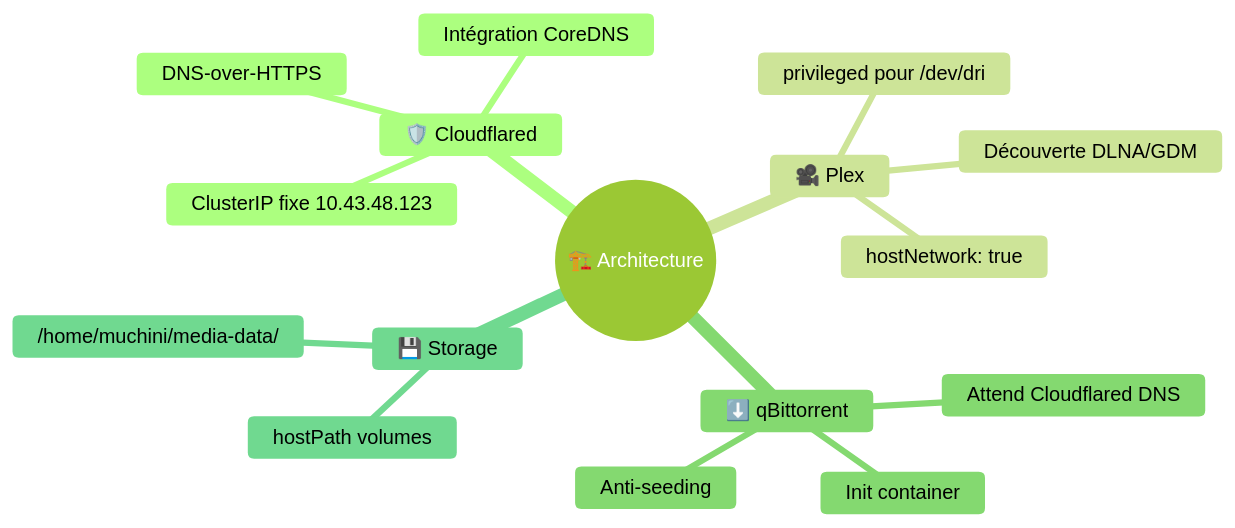
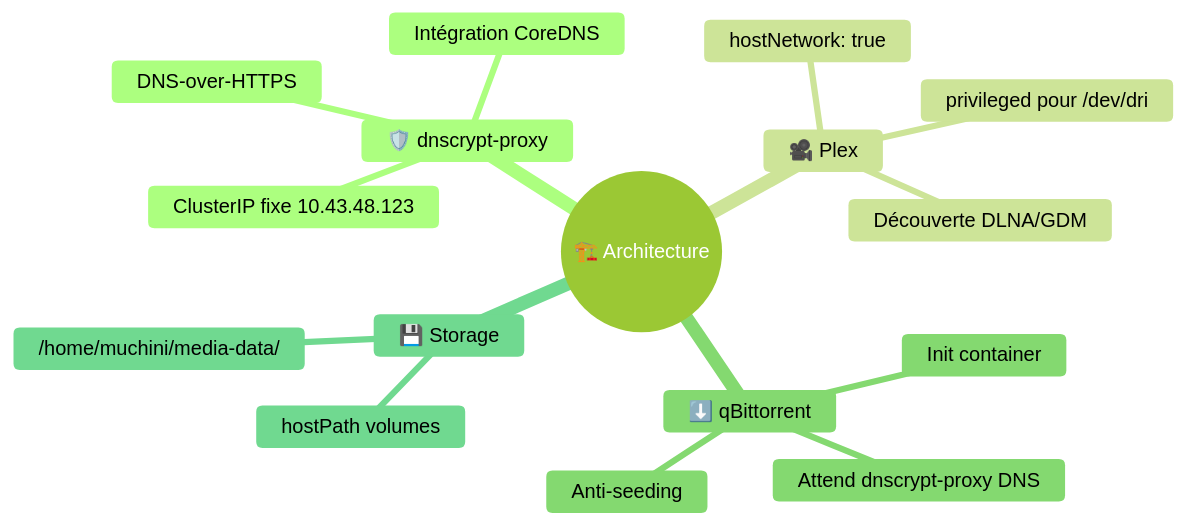
Before and after one commit to muchiny/media-stack-k8s: the second of 6 diagrams in CLAUDE.md, drawn with Mermaid (forest theme). The commit also changed other lines of this file and 24 other files, not shown here.

First line of the commit message:
feat: Replace cloudflared with dnscrypt-proxy

````diff
--- a/CLAUDE.md
+++ b/CLAUDE.md
@@ -66,19 +66,19 @@
 ```mermaid
 mindmap
   root((🏗️ Architecture))
-    🛡️ Cloudflared
+    🛡️ dnscrypt-proxy
       ClusterIP fixe 10.43.48.123
       Intégration CoreDNS
       DNS-over-HTTPS
     🎥 Plex
       hostNetwork: true
       Découverte DLNA/GDM
       privileged pour /dev/dri
     ⬇️ qBittorrent
       Init container
-      Attend Cloudflared DNS
+      Attend dnscrypt-proxy DNS
       Anti-seeding
     💾 Storage
       hostPath volumes
       /home/muchini/media-data/
 ```
````
